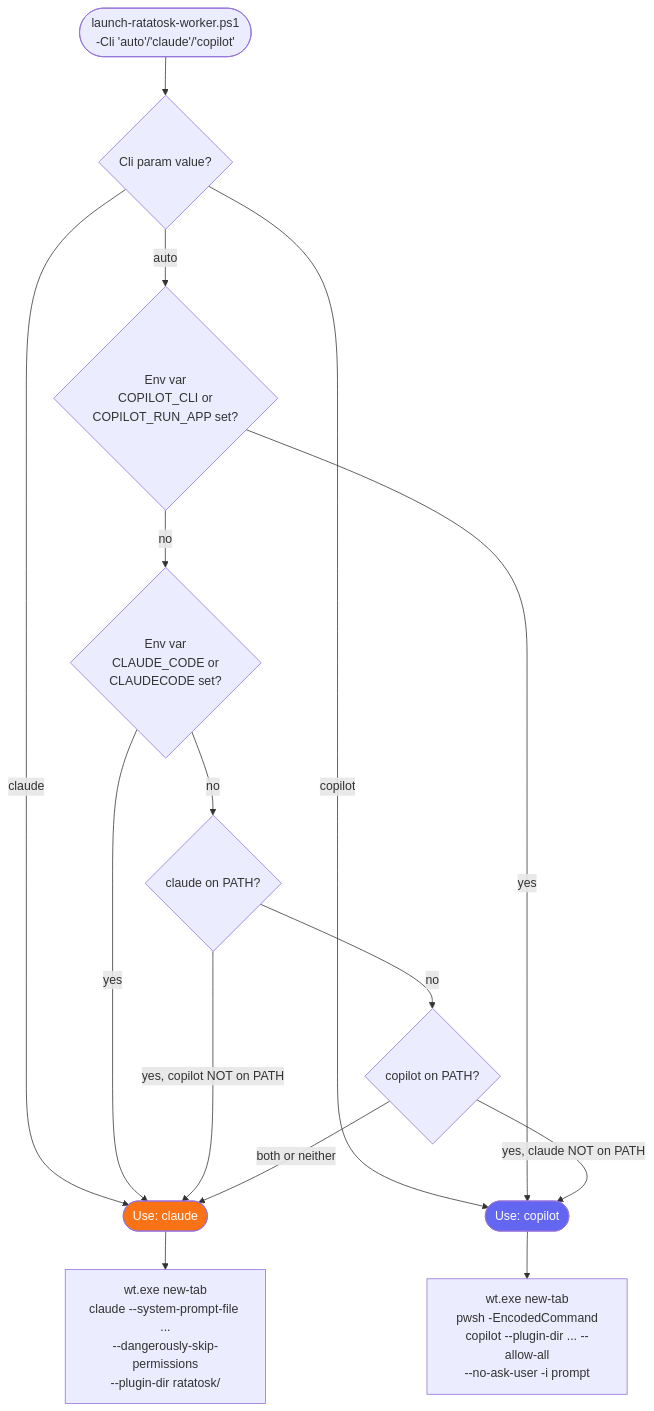
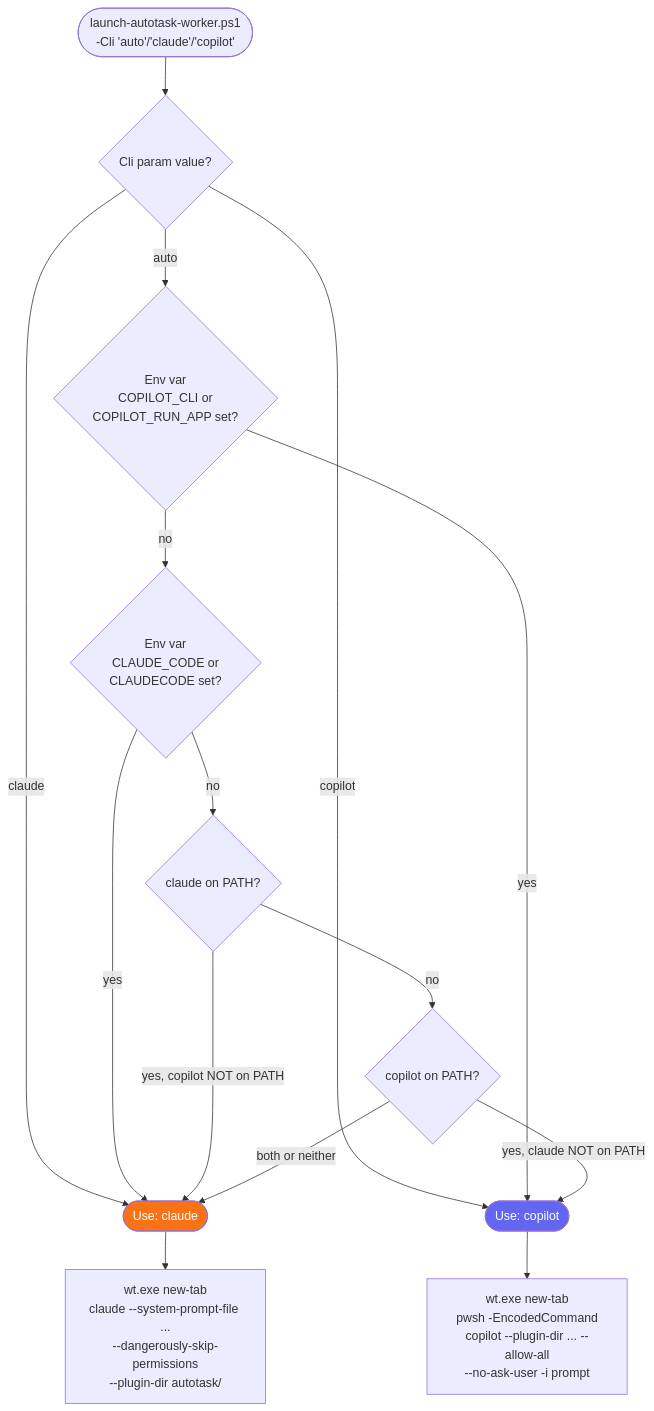
Before and after one commit to cat-hoang/ai-studio: the sixth of 12 diagrams in docs/architecture-overview.md, drawn with Mermaid. The commit also changed other lines of this file and 68 other files, not shown here.

````diff
--- a/docs/architecture-overview.md
+++ b/docs/architecture-overview.md
@@ -340,21 +340,21 @@
 ```mermaid
 flowchart TD
-    A([launch-ratatosk-worker.ps1<br>-Cli 'auto'/'claude'/'copilot']) --> B{Cli param value?}
+    A([launch-autotask-worker.ps1<br>-Cli 'auto'/'claude'/'copilot']) --> B{Cli param value?}
     B -- claude --> Z1([Use: claude])
     B -- copilot --> Z2([Use: copilot])
     B -- auto --> C{Env var<br>COPILOT_CLI or<br>COPILOT_RUN_APP set?}
     C -- yes --> Z2
     C -- no --> D{Env var<br>CLAUDE_CODE or<br>CLAUDECODE set?}
     D -- yes --> Z1
     D -- no --> E{claude on PATH?}
     E -- yes, copilot NOT on PATH --> Z1
     E -- no --> F{copilot on PATH?}
     F -- yes, claude NOT on PATH --> Z2
     F -- both or neither --> Z1
 
-    Z1 --> G["wt.exe new-tab<br>claude --system-prompt-file ...<br>--dangerously-skip-permissions<br>--plugin-dir ratatosk/"]
+    Z1 --> G["wt.exe new-tab<br>claude --system-prompt-file ...<br>--dangerously-skip-permissions<br>--plugin-dir autotask/"]
     Z2 --> H["wt.exe new-tab<br>pwsh -EncodedCommand<br>copilot --plugin-dir ... --allow-all<br>--no-ask-user -i prompt"]
 
     style Z1 fill:#f97316,color:#fff
     style Z2 fill:#6366f1,color:#fff
 ```
````
